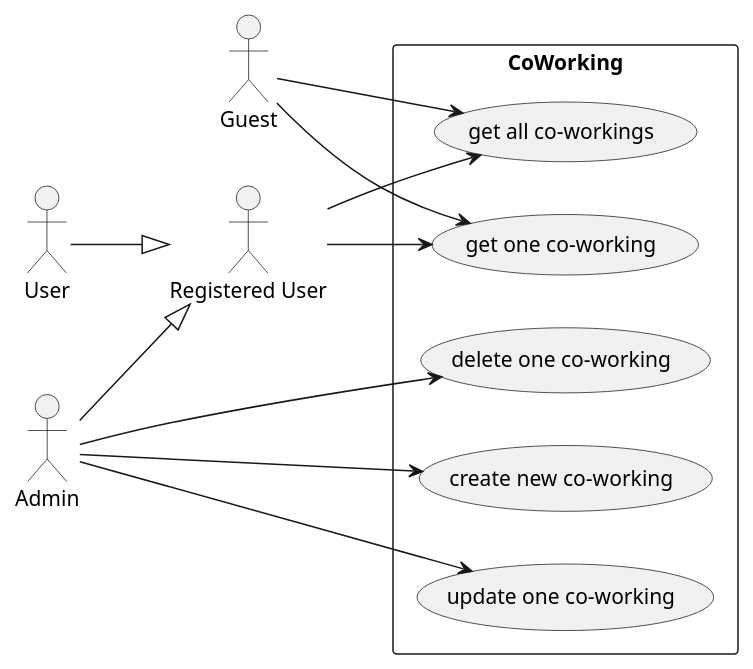
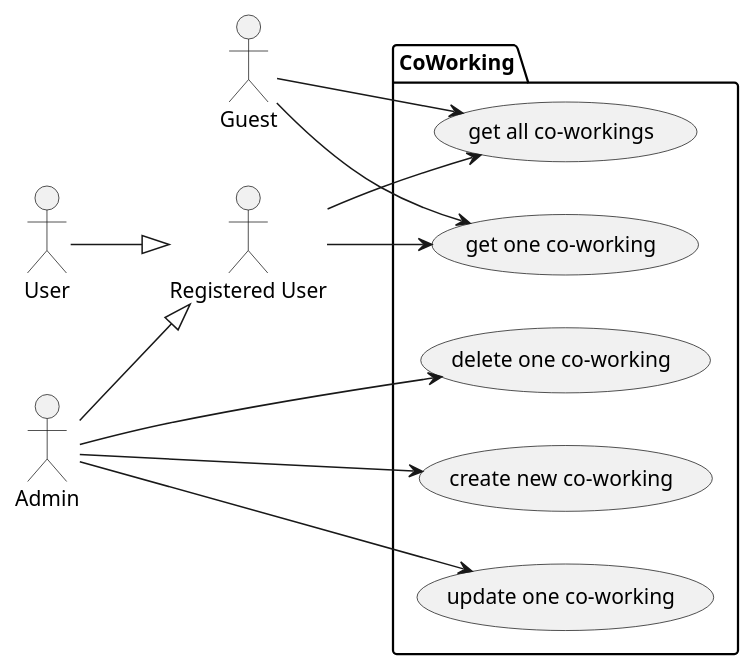
The diagram in diagrams/usecase/coworking/coworking.puml (TeaChanathip/SwDev-Project), drawn with PlantUML before and after one commit. The commit also changed 11 other files, not shown here.

```diff
--- a/diagrams/usecase/coworking/coworking.puml
+++ b/diagrams/usecase/coworking/coworking.puml
@@ -1,30 +1,30 @@
 @startuml coworking
 left to right direction
 
 actor Guest
 actor "Registered User"
 actor User
 actor Admin
 
 User --|> "Registered User"
 Admin --|> "Registered User"
 
-rectangle "CoWorking" {
+package "CoWorking" {
     usecase "create new co-working" as CoWorkingUC1
     usecase "get one co-working" as CoWorkingUC2
     usecase "get all co-workings" as CoWorkingUC3
     usecase "update one co-working" as CoWorkingUC4
     usecase "delete one co-working" as CoWorkingUC5
 }
 
 Guest --> CoWorkingUC2
 Guest --> CoWorkingUC3
 
 "Registered User" --> CoWorkingUC2
 "Registered User" --> CoWorkingUC3
 
 Admin --> CoWorkingUC1
 Admin --> CoWorkingUC4
 Admin --> CoWorkingUC5
 
 @enduml
```
